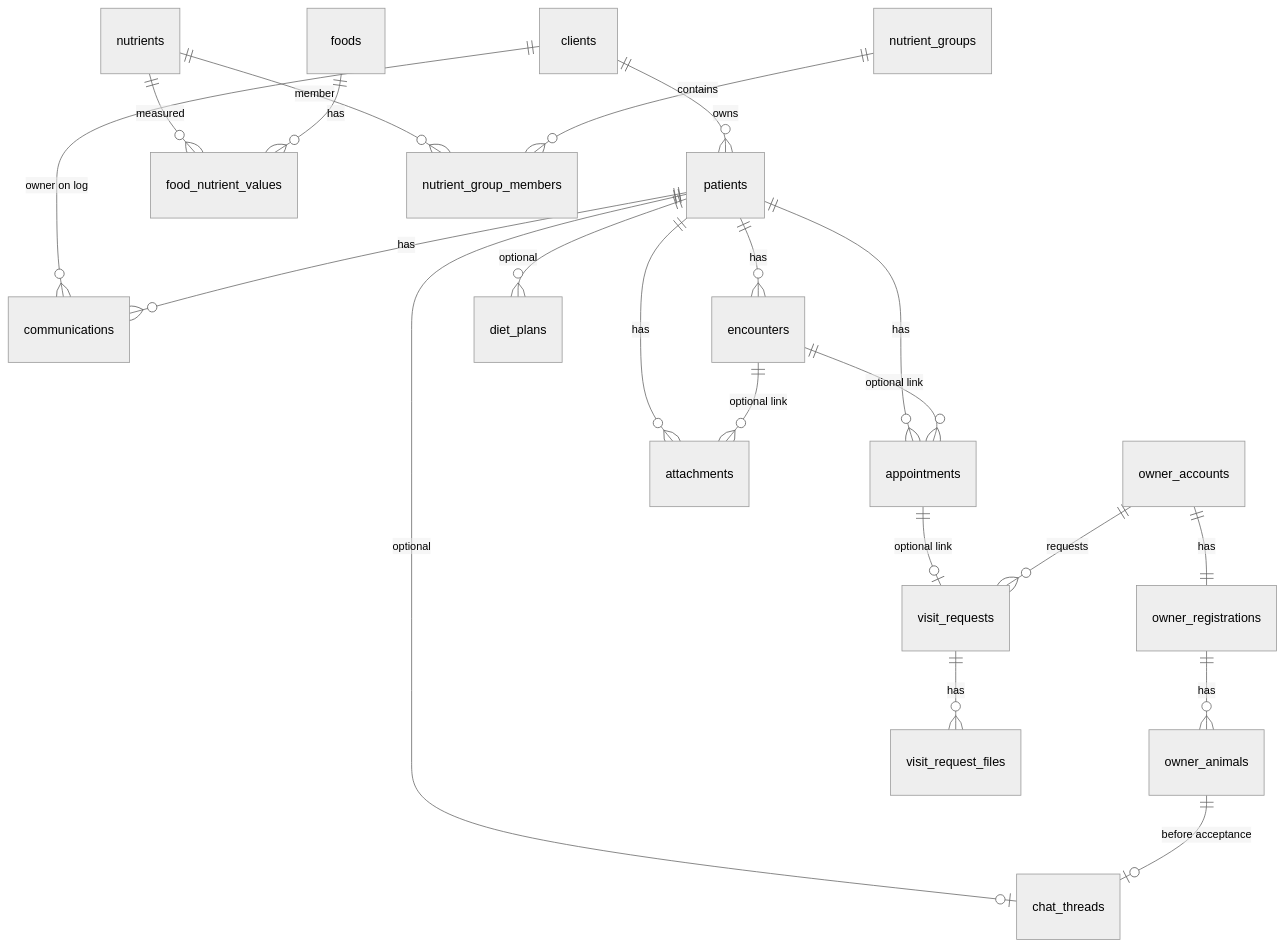
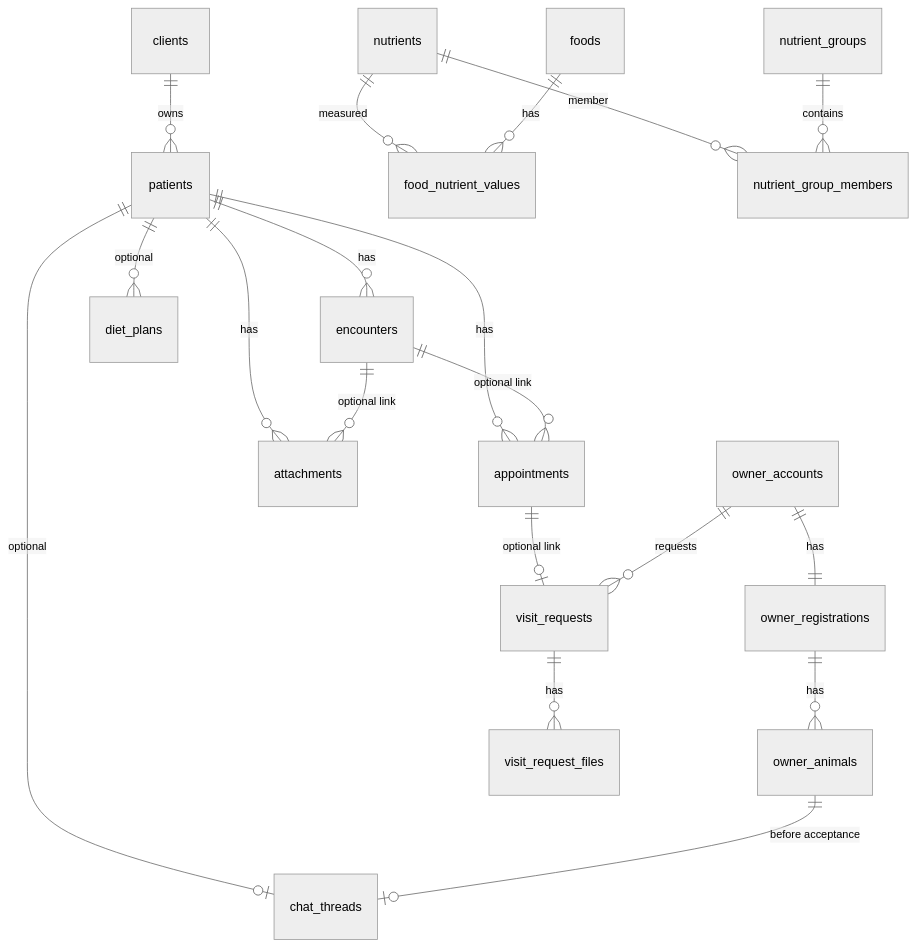
One commit to PythonTrip/vetapp changed the diagram in docs/PROJECT.md. Above: the diagram before and after it, drawn with Mermaid (neutral theme). The commit also changed other lines of this file and 23 other files, not shown here.

````diff
--- a/docs/PROJECT.md
+++ b/docs/PROJECT.md
@@ -128,25 +128,23 @@
 ```mermaid
 erDiagram
     clients ||--o{ patients : owns
-    clients ||--o{ communications : "owner on log"
     patients ||--o{ encounters : has
     patients ||--o{ appointments : has
     patients ||--o{ attachments : has
-    patients ||--o{ communications : has
     patients ||--o{ diet_plans : "optional"
     patients ||--o| chat_threads : "optional"
     encounters ||--o{ attachments : "optional link"
     encounters ||--o{ appointments : "optional link"
     appointments ||--o| visit_requests : "optional link"
 
     owner_accounts ||--|| owner_registrations : has
     owner_registrations ||--o{ owner_animals : has
     owner_animals ||--o| chat_threads : "before acceptance"
     owner_accounts ||--o{ visit_requests : requests
     visit_requests ||--o{ visit_request_files : has
 
     nutrients ||--o{ food_nutrient_values : measured
     foods ||--o{ food_nutrient_values : has
     nutrients ||--o{ nutrient_group_members : member
     nutrient_groups ||--o{ nutrient_group_members : contains
 ```
````
